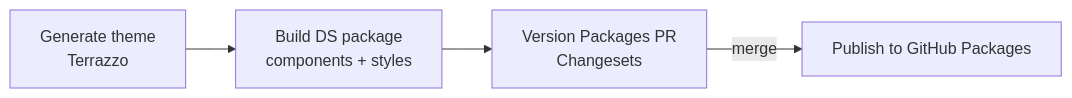
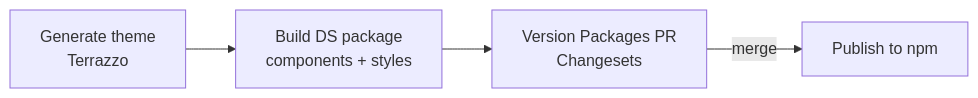
Before and after one commit to cascade-ds/cascade-design-system: the diagram in README.md, drawn with Mermaid. The commit also changed other lines of this file, not shown here.

Commit message:
docs: describe the npm install

````diff
--- a/README.md
+++ b/README.md
@@ -345,6 +337,6 @@
 ```mermaid
 flowchart LR
     A[Generate theme\nTerrazzo] --> B[Build DS package\ncomponents + styles]
     B --> C[Version Packages PR\nChangesets]
-    C -->|merge| D[Publish to GitHub Packages]
+    C -->|merge| D[Publish to npm]
 ```
````
